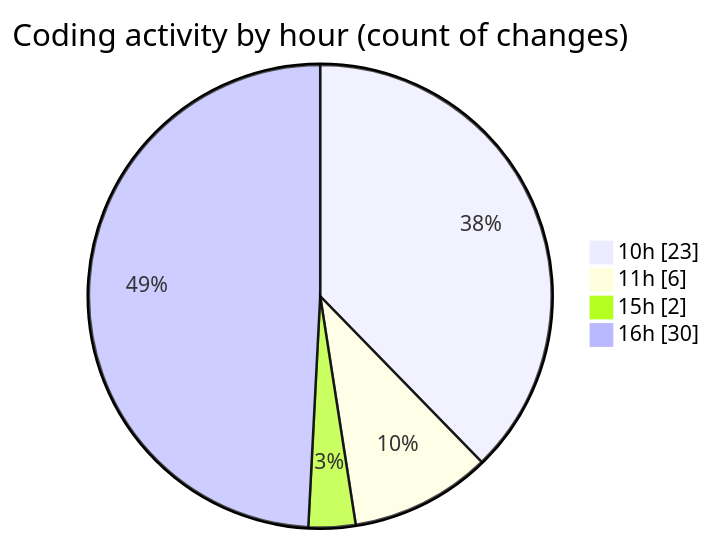
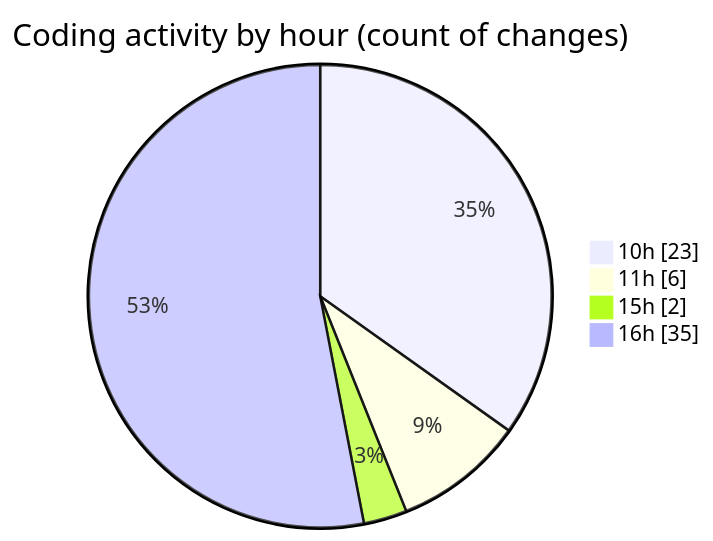
The second of 2 diagrams in 2026-05-04/nxtqube_webapp/README.md (nxtqubesakshisongat/code-tracking), drawn with Mermaid before and after one commit. The commit also changed other lines of this file and 1 other file, not shown here.

````diff
--- a/2026-05-04/nxtqube_webapp/README.md
+++ b/2026-05-04/nxtqube_webapp/README.md
@@ -35,8 +35,8 @@
 ```mermaid
 pie showData
 title Coding activity by hour (count of changes)
 "10h" : 23
 "11h" : 6
 "15h" : 2
-"16h" : 30
+"16h" : 35
 ```
````
